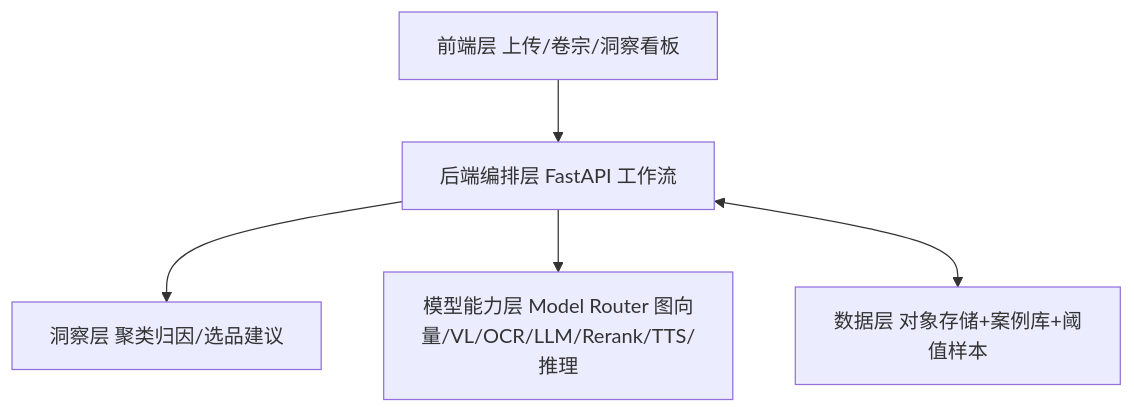
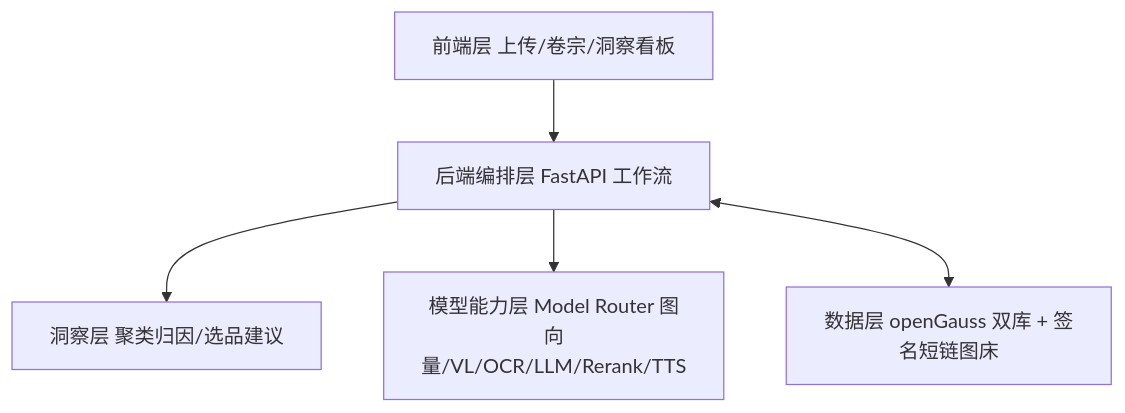
One commit to a703201/ReturnGuard changed the second of 2 diagrams in README.md. Above: the diagram before and after it, drawn with Mermaid. The commit also changed other lines of this file and 59 other files, not shown here.

````diff
--- a/README.md
+++ b/README.md
@@ -86,7 +71,7 @@
 ```mermaid
 flowchart TB
   FE[前端层 上传/卷宗/洞察看板] --> BE[后端编排层 FastAPI 工作流]
   BE --> IN[洞察层 聚类归因/选品建议]
-  BE --> M[模型能力层 Model Router 图向量/VL/OCR/LLM/Rerank/TTS/推理]
-  BE <--> D[数据层 对象存储+案例库+阈值样本]
+  BE --> M[模型能力层 Model Router 图向量/VL/OCR/LLM/Rerank/TTS]
+  BE <--> D[数据层 openGauss 双库 + 签名短链图床]
 ```
````
